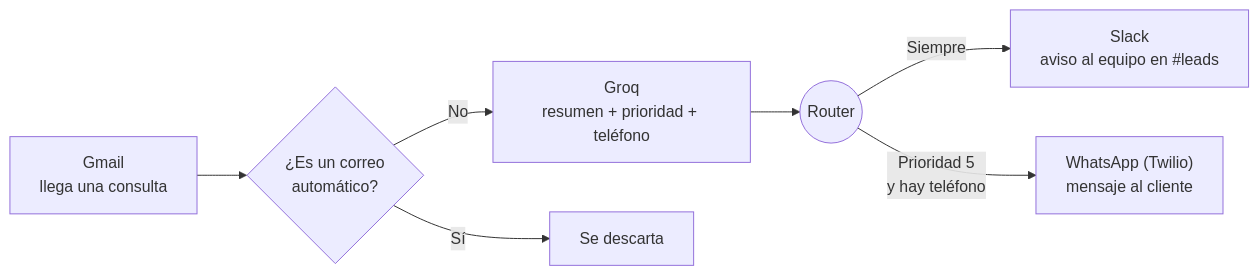
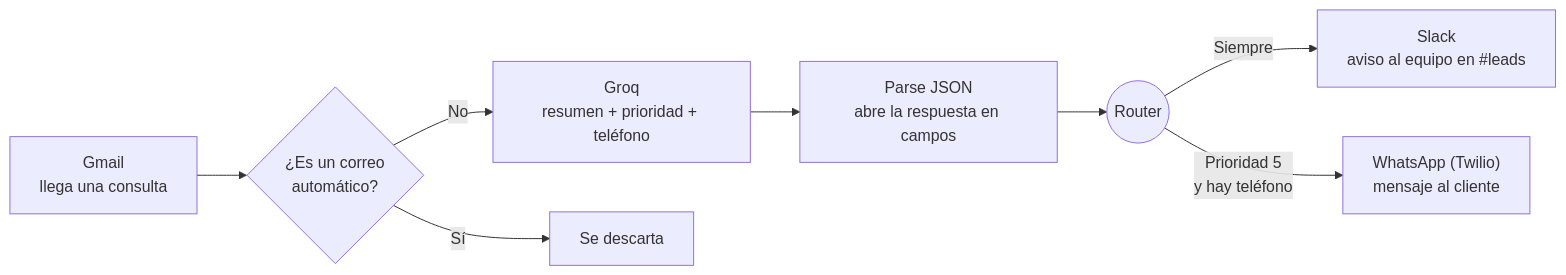
One commit to leanaraque/ai-automation-estudiantes changed the diagram in semana-05/README.md. Above: the diagram before and after it, drawn with Mermaid. The commit also changed other lines of this file and 3 other files, not shown here.

Commit message:
Semana 5: modulo Parse JSON antes del Router

````diff
--- a/semana-05/README.md
+++ b/semana-05/README.md
@@ -14,9 +14,10 @@
 ```mermaid
 flowchart LR
     A["Gmail<br/>llega una consulta"] --> F{"¿Es un correo<br/>automático?"}
     F -- "No" --> B["Groq<br/>resumen + prioridad + teléfono"]
     F -- "Sí" --> X["Se descarta"]
-    B --> R(("Router"))
+    B --> J["Parse JSON<br/>abre la respuesta en campos"]
+    J --> R(("Router"))
     R -- "Siempre" --> S["Slack<br/>aviso al equipo en #leads"]
     R -- "Prioridad 5<br/>y hay teléfono" --> W["WhatsApp (Twilio)<br/>mensaje al cliente"]
 ```
````
